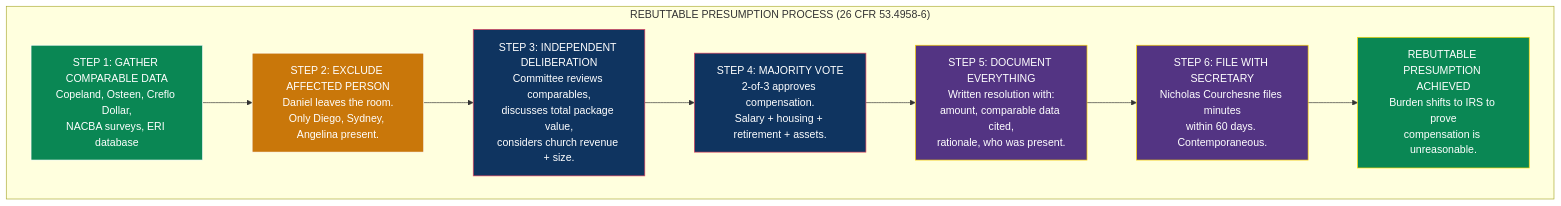
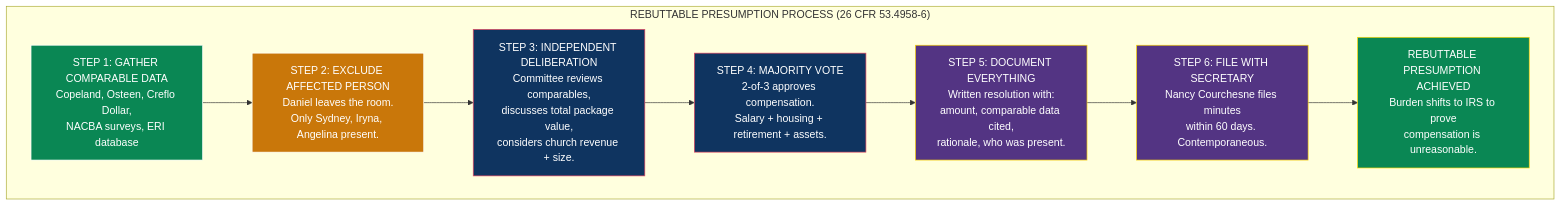
Before and after one commit to Light-Brands/epic-center: the fourth of 16 diagrams in docs/tax-structure/11-CHURCH-GOVERNANCE-STRUCTURE.md, drawn with Mermaid. The commit also changed other lines of this file, not shown here.

First line of the commit message:
Restructure board: Nancy replaces Nicholas, Iryna replaces Diego, Sydney to Chair

````diff
--- a/docs/tax-structure/11-CHURCH-GOVERNANCE-STRUCTURE.md
+++ b/docs/tax-structure/11-CHURCH-GOVERNANCE-STRUCTURE.md
@@ -351,22 +353,22 @@
 ```mermaid
 graph TB
     subgraph "REBUTTABLE PRESUMPTION PROCESS (26 CFR 53.4958-6)"
         S1["STEP 1: GATHER COMPARABLE DATA<br/>Copeland, Osteen, Creflo Dollar,<br/>NACBA surveys, ERI database"]
-        S2["STEP 2: EXCLUDE AFFECTED PERSON<br/>Daniel leaves the room.<br/>Only Diego, Sydney, Angelina present."]
+        S2["STEP 2: EXCLUDE AFFECTED PERSON<br/>Daniel leaves the room.<br/>Only Sydney, Iryna, Angelina present."]
         S3["STEP 3: INDEPENDENT DELIBERATION<br/>Committee reviews comparables,<br/>discusses total package value,<br/>considers church revenue + size."]
         S4["STEP 4: MAJORITY VOTE<br/>2-of-3 approves compensation.<br/>Salary + housing + retirement + assets."]
         S5["STEP 5: DOCUMENT EVERYTHING<br/>Written resolution with:<br/>amount, comparable data cited,<br/>rationale, who was present."]
-        S6["STEP 6: FILE WITH SECRETARY<br/>Nicholas Courchesne files minutes<br/>within 60 days. Contemporaneous."]
+        S6["STEP 6: FILE WITH SECRETARY<br/>Nancy Courchesne files minutes<br/>within 60 days. Contemporaneous."]
         RESULT["REBUTTABLE PRESUMPTION ACHIEVED<br/>Burden shifts to IRS to prove<br/>compensation is unreasonable."]
     end
 
     S1 --> S2 --> S3 --> S4 --> S5 --> S6 --> RESULT
 
     style S1 fill:#0a8754,stroke:#fff,color:#fff
     style S2 fill:#c9770a,stroke:#fff,color:#fff
     style S3 fill:#0f3460,stroke:#e94560,color:#fff
     style S4 fill:#0f3460,stroke:#e94560,color:#fff
     style S5 fill:#533483,stroke:#ffd700,color:#fff
     style S6 fill:#533483,stroke:#ffd700,color:#fff
     style RESULT fill:#0a8754,stroke:#ffd700,color:#fff
 ```
````
